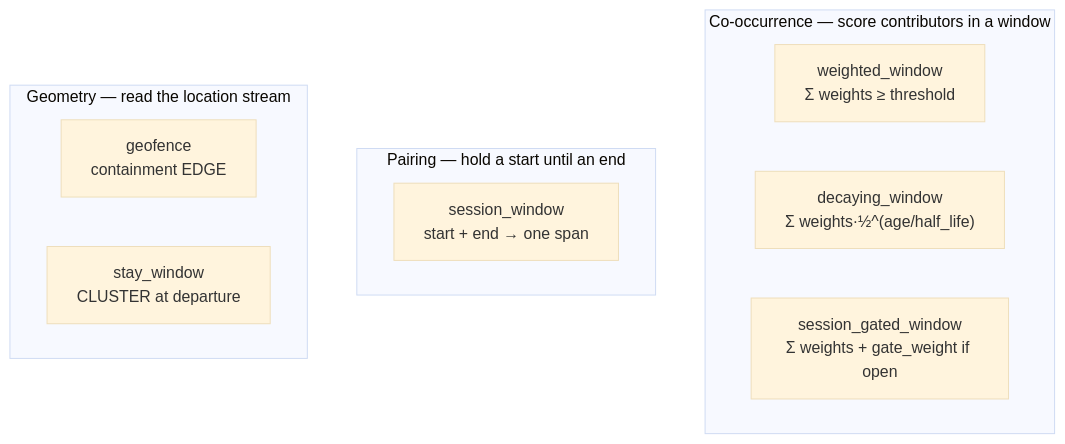
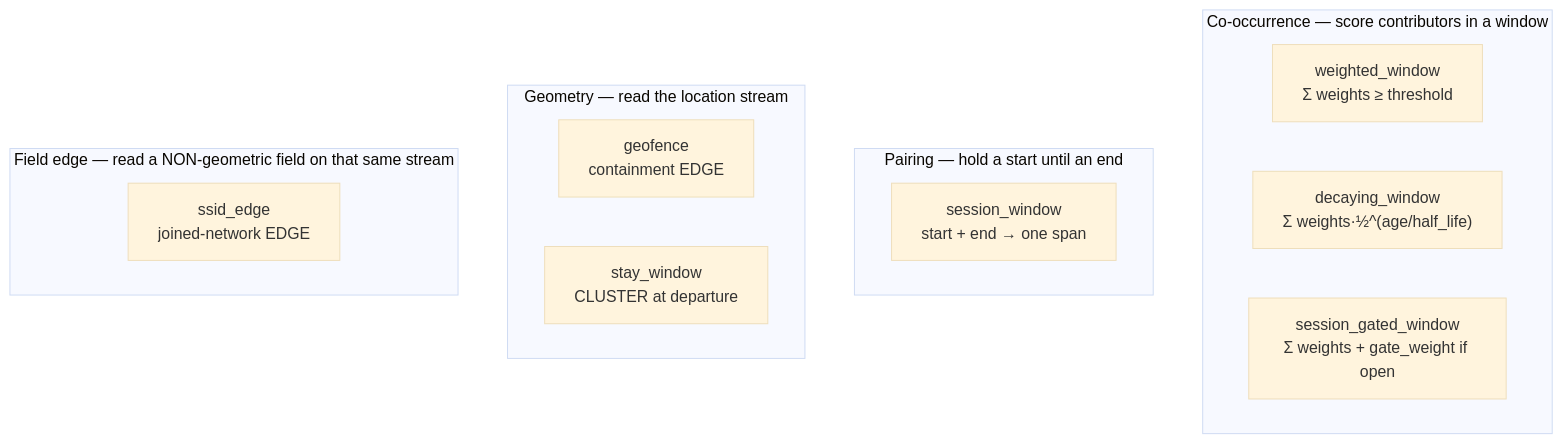
Diagram 12 of 13 in doc/core.md (rodis/inference), drawn with Mermaid (base theme) before and after one commit. The commit also changed other lines of this file and 16 other files, not shown here.

````diff
--- a/doc/core.md
+++ b/doc/core.md
@@ -1036,15 +1038,18 @@
 ```mermaid
 flowchart TB
     subgraph co["Co-occurrence — score contributors in a window"]
         ww["weighted_window<br/>Σ weights ≥ threshold"]
         dw["decaying_window<br/>Σ weights·½^(age/half_life)"]
         sgw["session_gated_window<br/>Σ weights + gate_weight if open"]
     end
     subgraph pair["Pairing — hold a start until an end"]
         sw["session_window<br/>start + end → one span"]
     end
     subgraph geo["Geometry — read the location stream"]
         gf["geofence<br/>containment EDGE"]
         stw["stay_window<br/>CLUSTER at departure"]
     end
+    subgraph fld["Field edge — read a NON-geometric field on that same stream"]
+        se["ssid_edge<br/>joined-network EDGE"]
+    end
 ```
````
